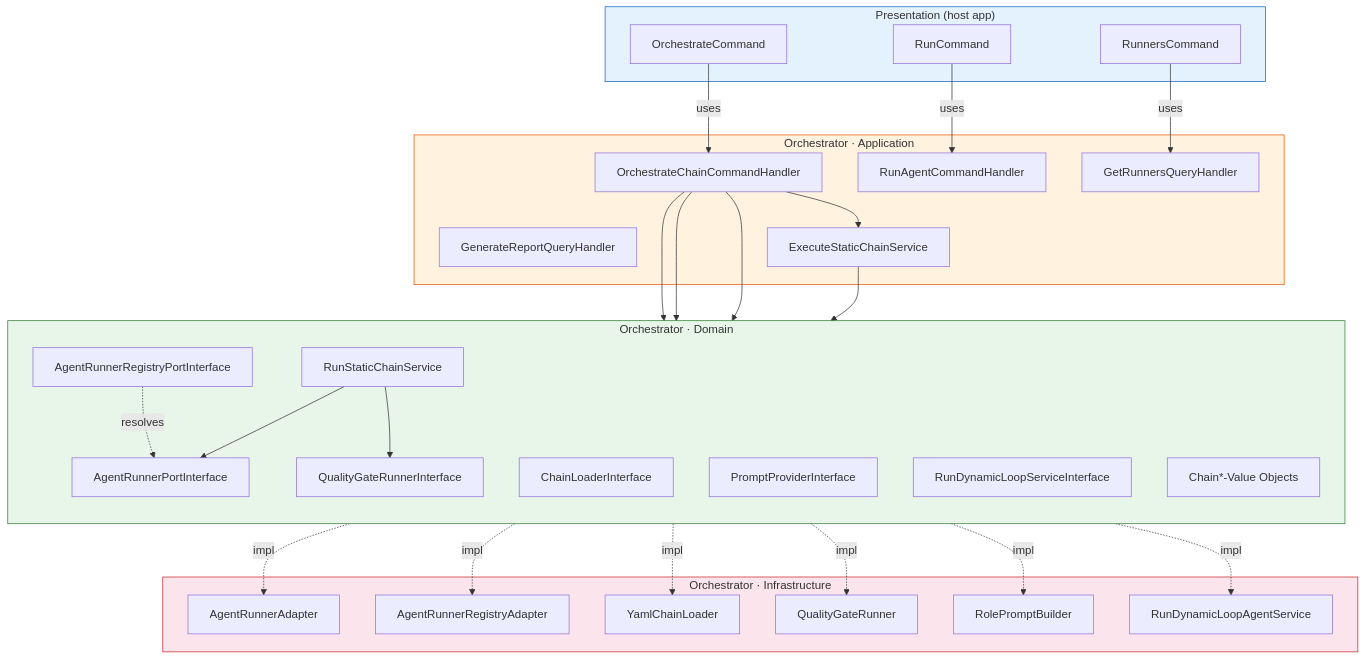
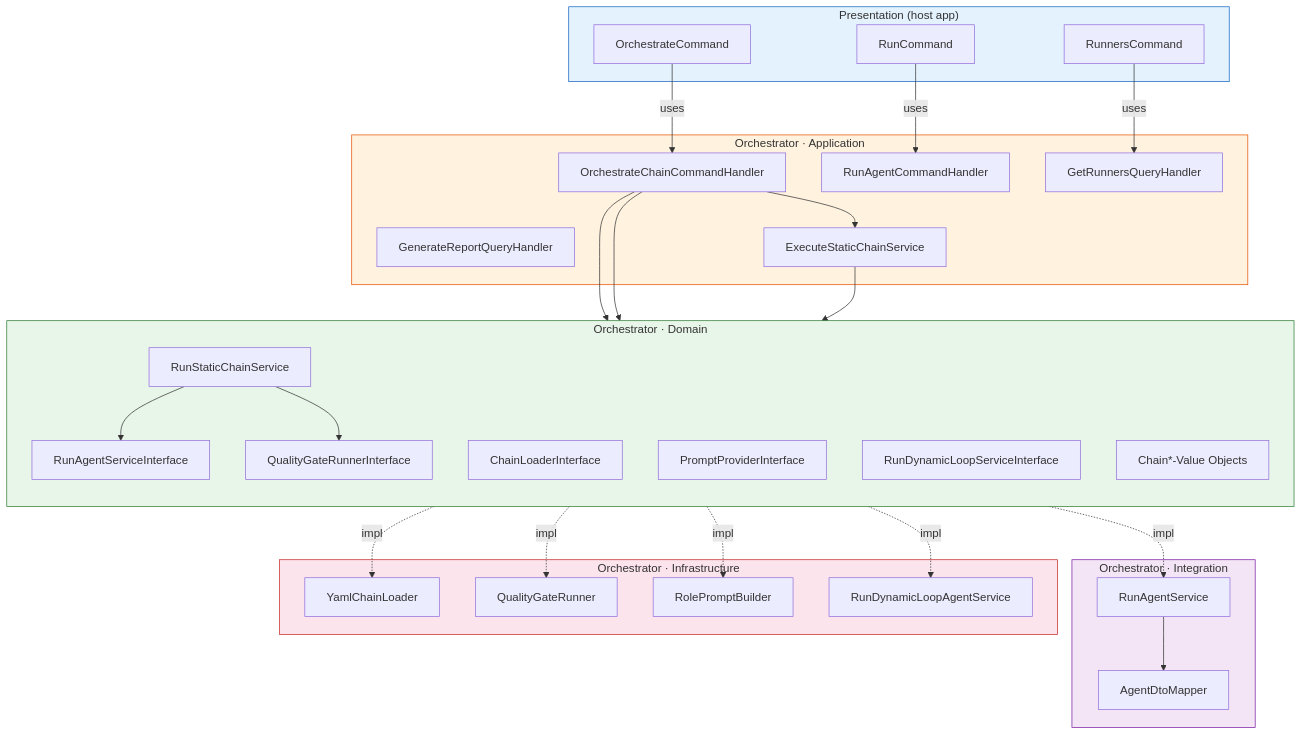
Before and after one commit to prikotov/task-orchestrator: the second of 9 diagrams in docs/guide/diagrams.md, drawn with Mermaid. The commit also changed other lines of this file and 7 other files, not shown here.

Commit message:
docs(Orchestrator): sync architecture docs from Port/Adapter to Integration layer and add Team Lead delegation rules / синхронизировать архитектурную документацию с кодом и добавить правила делегирования Тимлида

````diff
--- a/docs/guide/diagrams.md
+++ b/docs/guide/diagrams.md
@@ -102,60 +110,61 @@
 ```mermaid
 graph TB
     subgraph Presentation["Presentation (host app)"]
         OC["OrchestrateCommand"]
         RC["RunCommand"]
         RNC["RunnersCommand"]
     end
 
     subgraph Application["Orchestrator · Application"]
         CH["OrchestrateChainCommandHandler"]
         SCH["RunAgentCommandHandler"]
         GRH["GetRunnersQueryHandler"]
         RP["GenerateReportQueryHandler"]
         ESC["ExecuteStaticChainService"]
     end
 
     subgraph Domain["Orchestrator · Domain"]
         direction TB
-        PORT["AgentRunnerPortInterface"]
-        REG_PORT["AgentRunnerRegistryPortInterface"]
+        RASI["RunAgentServiceInterface"]
         CL["ChainLoaderInterface"]
         PP["PromptProviderInterface"]
         QGI["QualityGateRunnerInterface"]
         RSC["RunStaticChainService"]
         RDLI["RunDynamicLoopServiceInterface"]
         VO["Chain*-Value Objects"]
     end
 
+    subgraph Integration["Orchestrator · Integration"]
+        RAS["RunAgentService"]
+        ADM["AgentDtoMapper"]
+    end
+
     subgraph Infrastructure["Orchestrator · Infrastructure"]
-        ADAPTER["AgentRunnerAdapter"]
-        REG_ADAPTER["AgentRunnerRegistryAdapter"]
         YCL["YamlChainLoader"]
         QG["QualityGateRunner"]
         RPB["RolePromptBuilder"]
         RDLS["RunDynamicLoopAgentService"]
     end
 
     OC -->|uses| CH
     RC -->|uses| SCH
     RNC -->|uses| GRH
     CH --> ESC
     CH --> CL
-    CH --> REG_PORT
     CH --> RDLI
     ESC --> RSC
-    RSC --> PORT
+    RSC --> RASI
     RSC --> QGI
-    REG_PORT -.->|resolves| PORT
-    PORT -.->|impl| ADAPTER
-    REG_PORT -.->|impl| REG_ADAPTER
+    RASI -.->|impl| RAS
+    RAS --> ADM
     CL -.->|impl| YCL
     PP -.->|impl| RPB
     QGI -.->|impl| QG
     RDLI -.->|impl| RDLS
 
     style Presentation fill:#e3f2fd,stroke:#1565c0
     style Application fill:#fff3e0,stroke:#e65100
     style Domain fill:#e8f5e9,stroke:#2e7d32
+    style Integration fill:#f3e5f5,stroke:#7b1fa2
     style Infrastructure fill:#fce4ec,stroke:#c62828
 ```
````
